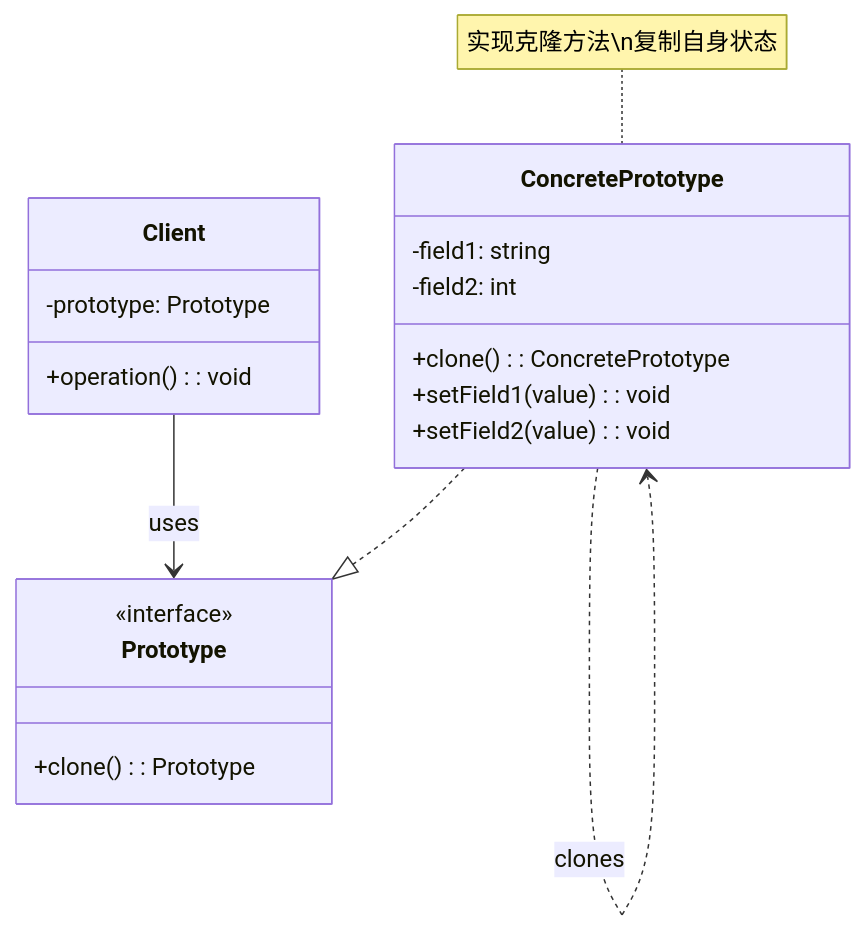
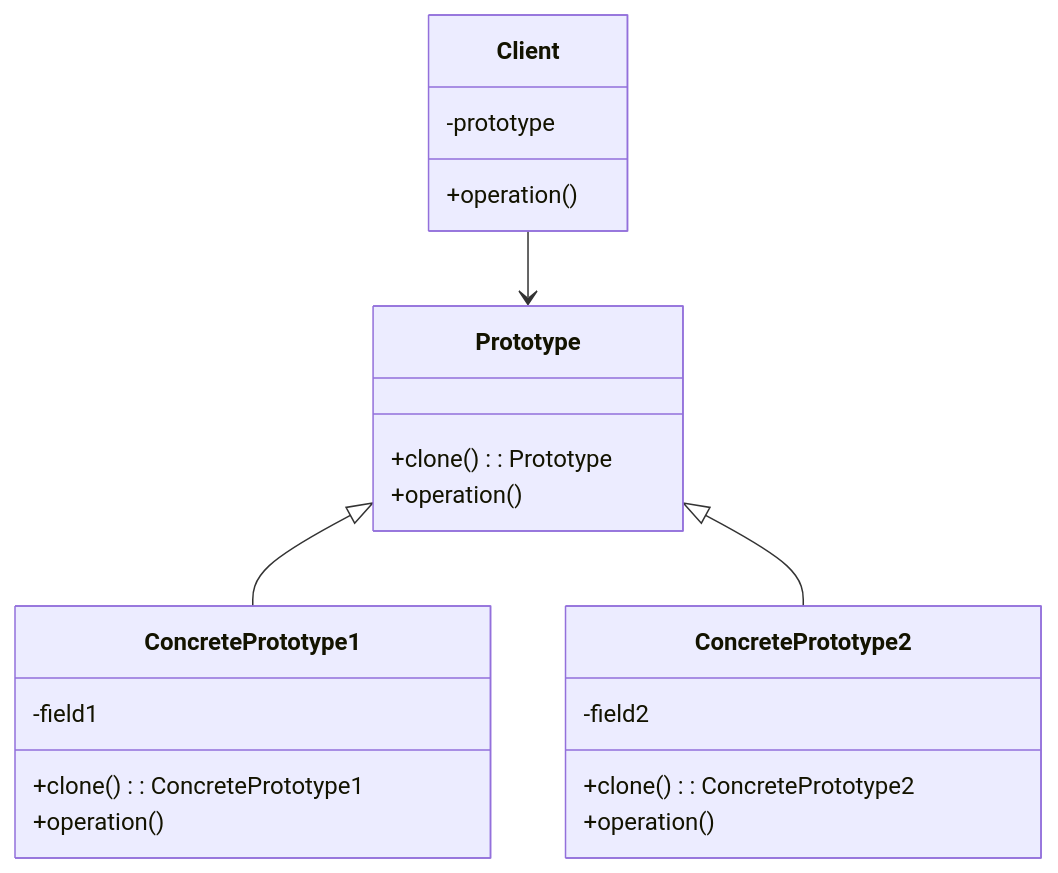
Before and after one commit to fanly/DesignPattern: the first of 2 diagrams in resources/design-patterns/laravel/creational/prototype_zh.md, drawn with Mermaid. The commit also changed other lines of this file and 103 other files, not shown here.

````diff
--- a/resources/design-patterns/laravel/creational/prototype_zh.md
+++ b/resources/design-patterns/laravel/creational/prototype_zh.md
@@ -10,26 +22,28 @@
 ```mermaid
 classDiagram
     class Prototype {
-        <<interface>>
         +clone(): Prototype
+        +operation()
     }
     
-    class ConcretePrototype {
-        -field1: string
-        -field2: int
-        +clone(): ConcretePrototype
-        +setField1(value): void
-        +setField2(value): void
+    class ConcretePrototype1 {
+        -field1
+        +clone(): ConcretePrototype1
+        +operation()
+    }
+    
+    class ConcretePrototype2 {
+        -field2
+        +clone(): ConcretePrototype2
+        +operation()
     }
     
     class Client {
-        -prototype: Prototype
-        +operation(): void
+        -prototype
+        +operation()
     }
     
-    Client --> Prototype : uses
-    ConcretePrototype ..|> Prototype
-    ConcretePrototype ..> ConcretePrototype : clones
-    
-    note for ConcretePrototype "实现克隆方法\n复制自身状态"
+    Prototype <|-- ConcretePrototype1
+    Prototype <|-- ConcretePrototype2
+    Client --> Prototype
 ```
````
